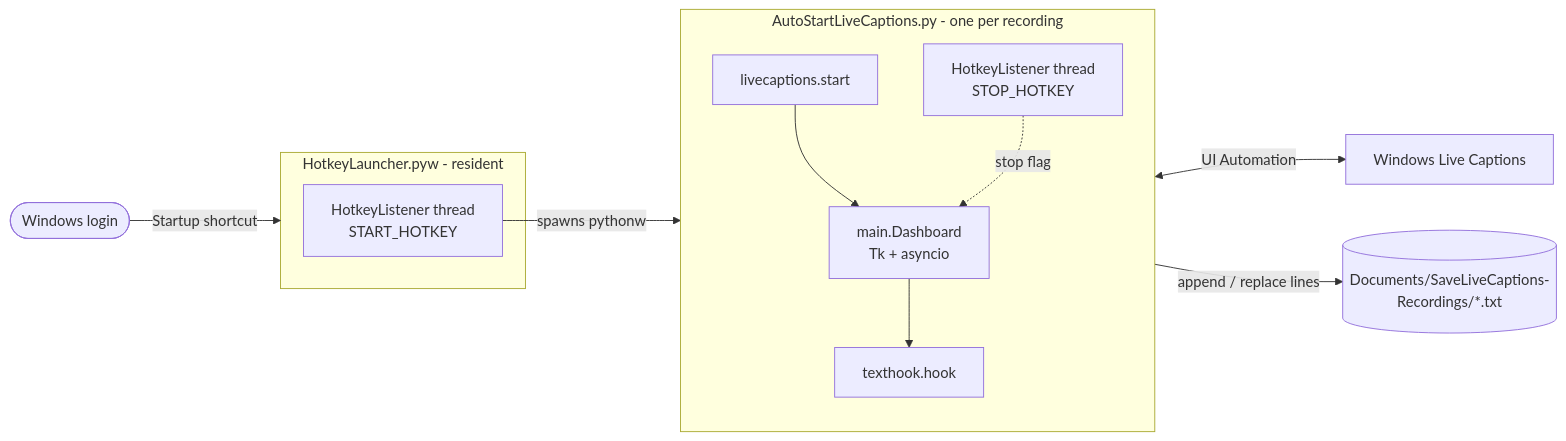
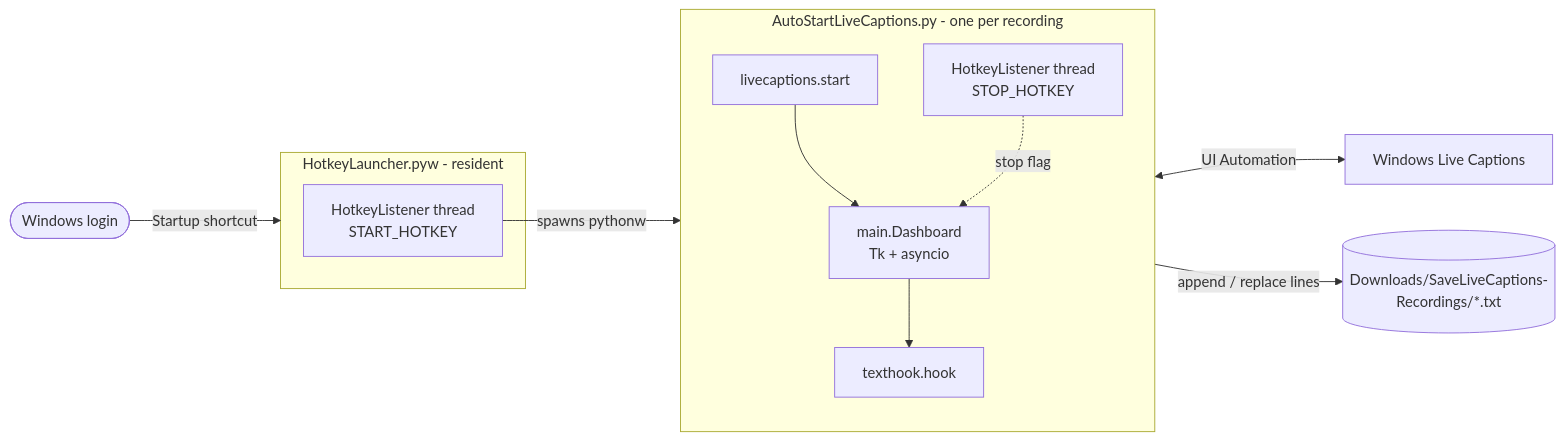
The diagram in docs/ARCHITECTURE.md (thodoris/SaveLiveCaptions), drawn with Mermaid before and after one commit. The commit also changed 5 other files, not shown here.

First line of the commit message:
Save recordings to Downloads\SaveLiveCaptions-Recordings

````diff
--- a/docs/ARCHITECTURE.md
+++ b/docs/ARCHITECTURE.md
@@ -8,16 +8,16 @@
 ```mermaid
 flowchart LR
     login([Windows login]) -->|Startup shortcut| L
     subgraph L[HotkeyLauncher.pyw - resident]
         LH[HotkeyListener thread<br/>START_HOTKEY]
     end
     LH -->|spawns pythonw| W
     subgraph W[AutoStartLiveCaptions.py - one per recording]
         direction TB
         S[livecaptions.start] --> D[main.Dashboard<br/>Tk + asyncio]
         D --> H[texthook.hook]
         WH[HotkeyListener thread<br/>STOP_HOTKEY] -.stop flag.-> D
     end
     H <-->|UI Automation| LC[Windows Live Captions]
-    H -->|append / replace lines| F[(Documents/SaveLiveCaptions-Recordings/*.txt)]
+    H -->|append / replace lines| F[(Downloads/SaveLiveCaptions-Recordings/*.txt)]
 ```
````
